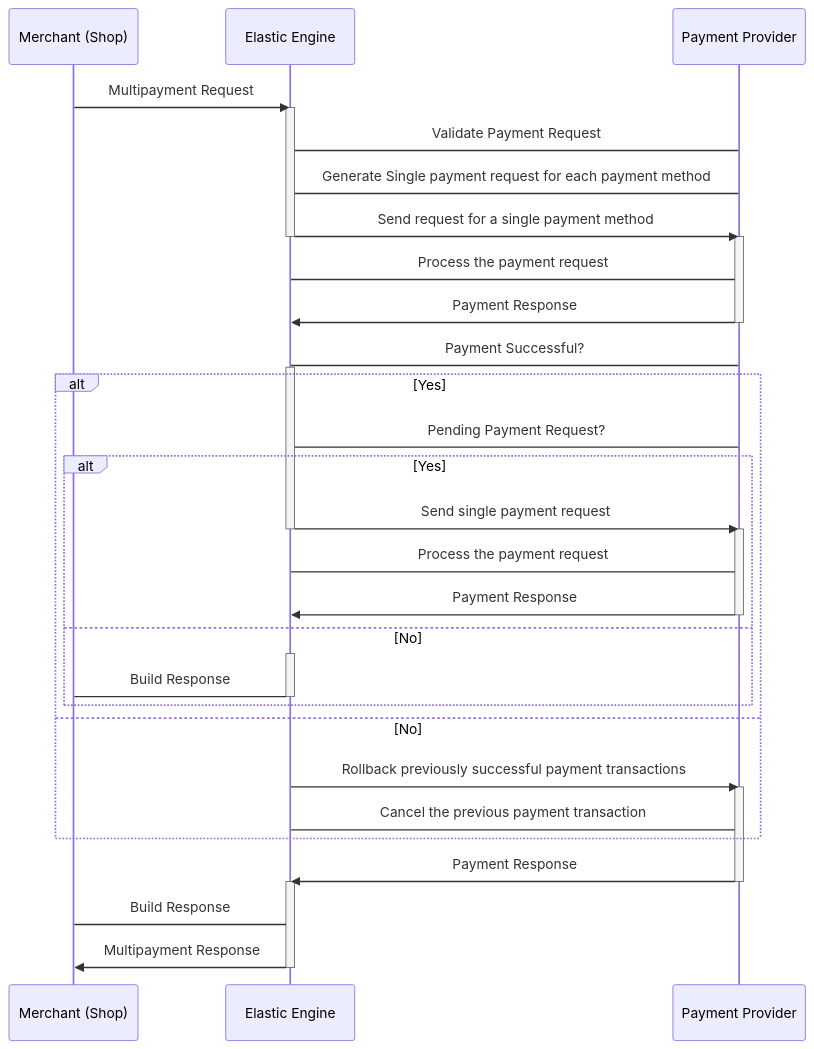
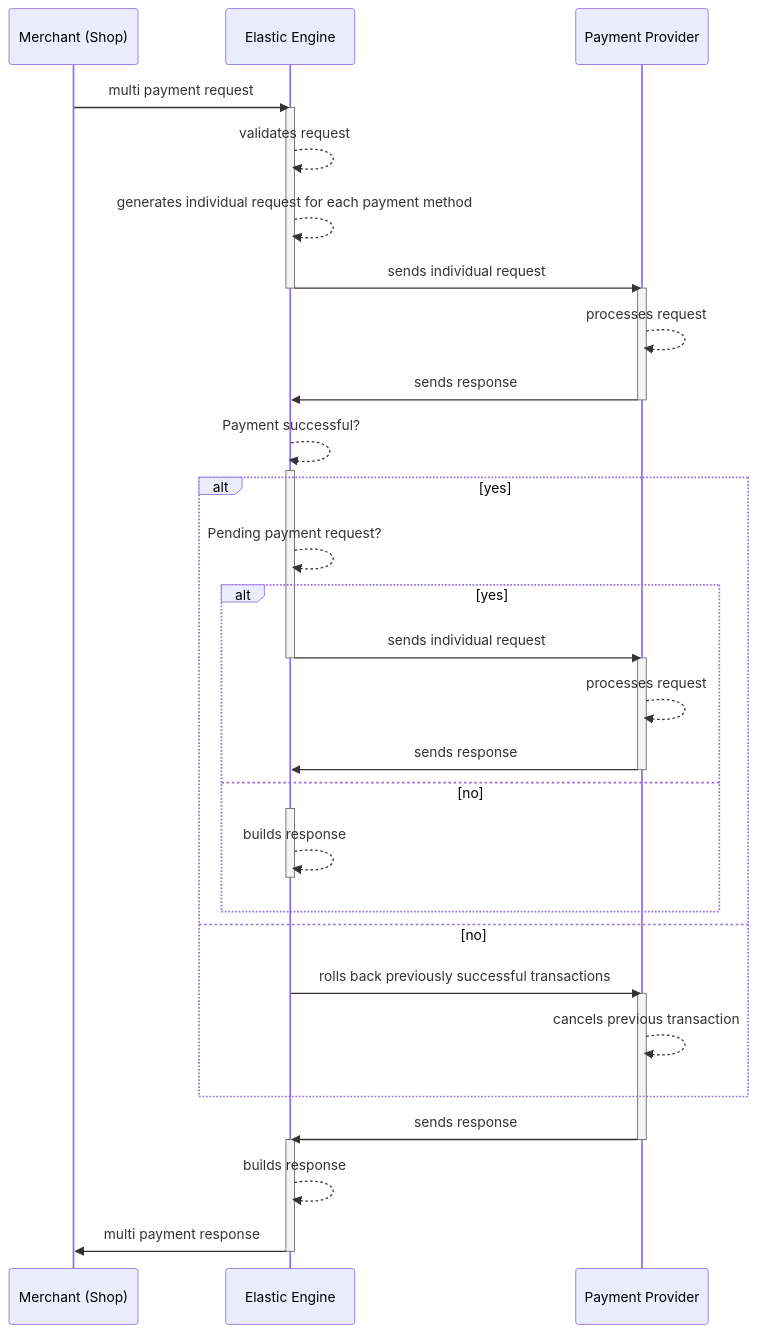
Before and after one commit to wirecard/merchant-documentation-gateway: the diagram in 06-multi-payment-api.adoc, drawn with Mermaid.

Commit message:
Update Mermaid Diagrams

```diff
--- a/06-multi-payment-api.adoc
+++ b/06-multi-payment-api.adoc
@@ -122,44 +122,44 @@
 [mermaid,MultiPaymentApi_Workflow,svg,subs=attributes+]
 ----
 sequenceDiagram
     participant A as Merchant (Shop)
     participant B as Elastic Engine
     participant C as Payment Provider
-        A ->> B: Multipayment Request
+        A ->> B: multi payment request
         activate B
-        B -> C: Validate Payment Request
-        B -> C: Generate Single payment request for each payment method
-        B ->> C: Send request for a single payment method
+        B -->> B: validates request
+        B -->> B: generates individual request for each payment method
+        B ->> C: sends individual request
         deactivate B
         activate C
-        C -> B: Process the payment request
-        C ->> B: Payment Response
+        C -->> C: processes request
+        C ->> B: sends response
         deactivate C
-        C -> B: Payment Successful?
+        B -->> B: Payment successful?
         activate B
-            alt Yes
-                B -> C: Pending Payment Request?
-                    alt Yes
-                        B ->> C: Send single payment request
+            alt yes
+                B -->> B: Pending payment request?
+                    alt yes
+                        B ->> C: sends individual request
         deactivate B
                         activate C
-                        C -> B: Process the payment request
-                        C ->> B: Payment Response
+                        C -->> C: processes request
+                        C ->> B: sends response
                         deactivate C
-                    else No
+                    else no
                         activate B
-                        B -> A: Build Response
+                        B -->> B: builds response
                         deactivate B
                     end
-            else No
-                B ->> C: Rollback previously successful payment transactions
+            else no
+                B ->> C: rolls back previously successful transactions
         activate C
-                C -> B: Cancel the previous payment transaction
+                C -->> C: cancels previous transaction
             end
-        C ->> B: Payment Response
+        C ->> B: sends response
         deactivate C
         activate B
-        B -> A: Build Response
-        B ->> A: Multipayment Response
+        B -->> B: builds response
+        B ->> A: multi payment response
         deactivate B
 ----
```
